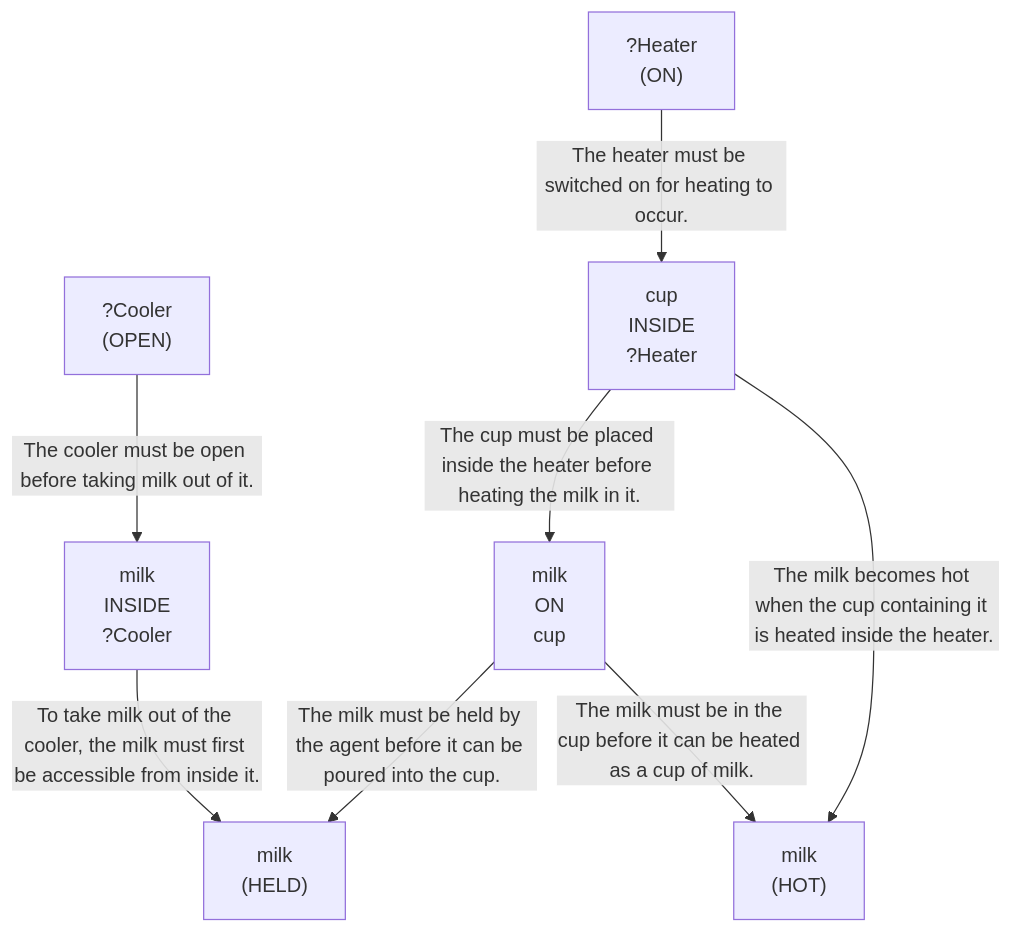
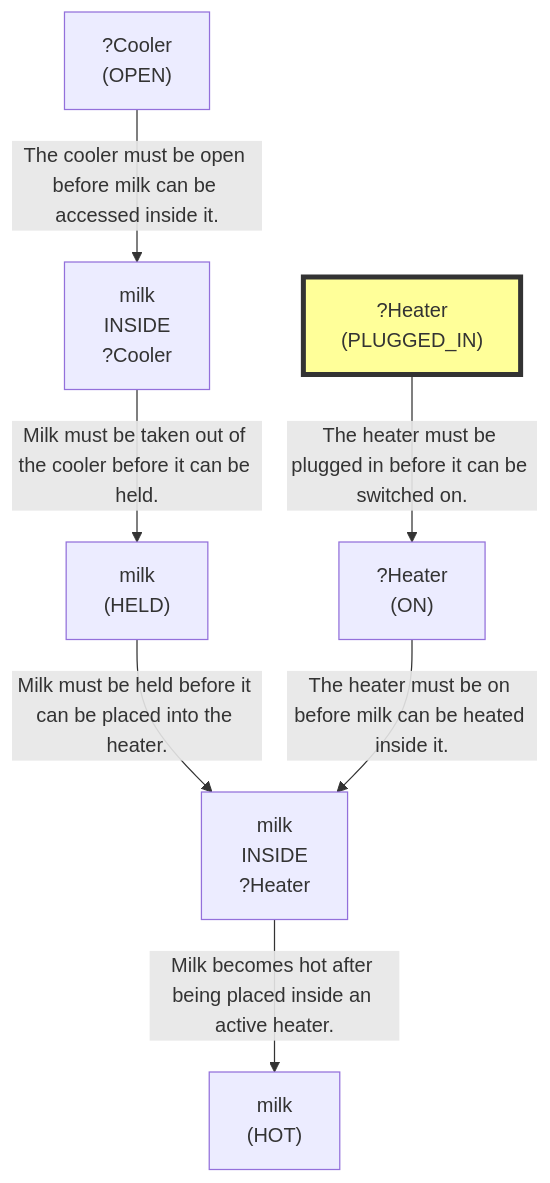
One commit to scuama/virtualhome changed the fifth of 7 diagrams in evaluation/results/table3/robostate/runs/without_goal_reasoning/G4_16/run_T3_without_goal_reasoning_G4_16.md. Above: the diagram before and after it, drawn with Mermaid. The commit also changed other lines of this file and 507 other files, not shown here.

````diff
--- a/evaluation/results/table3/robostate/runs/without_goal_reasoning/G4_16/run_T3_without_goal_reasoning_G4_16.md
+++ b/evaluation/results/table3/robostate/runs/without_goal_reasoning/G4_16/run_T3_without_goal_reasoning_G4_16.md
@@ -114,17 +356,17 @@
 ```mermaid
 graph TD
-    N1["milk<br>(HELD)"]
-    N2["milk<br>INSIDE<br>?Cooler"]
-    N3["?Cooler<br>(OPEN)"]
-    N4["milk<br>ON<br>cup"]
-    N5["cup<br>INSIDE<br>?Heater"]
-    N6["?Heater<br>(ON)"]
+    N1["?Heater<br>(ON)"]
+    N2["?Heater<br>(PLUGGED_IN)"]
+    style N2 fill:#ff9,stroke:#333,stroke-width:4px
+    N3["milk<br>INSIDE<br>?Cooler"]
+    N4["?Cooler<br>(OPEN)"]
+    N5["milk<br>(HELD)"]
+    N6["milk<br>INSIDE<br>?Heater"]
     N7["milk<br>(HOT)"]
-    N2 -->|"To take milk out of the cooler, the milk must first be accessible from inside it."| N1
-    N3 -->|"The cooler must be open before taking milk out of it."| N2
-    N4 -->|"The milk must be held by the agent before it can be poured into the cup."| N1
-    N5 -->|"The cup must be placed inside the heater before heating the milk in it."| N4
-    N6 -->|"The heater must be switched on for heating to occur."| N5
-    N5 -->|"The milk becomes hot when the cup containing it is heated inside the heater."| N7
-    N4 -->|"The milk must be in the cup before it can be heated as a cup of milk."| N7
+    N2 -->|"The heater must be plugged in before it can be switched on."| N1
+    N4 -->|"The cooler must be open before milk can be accessed inside it."| N3
+    N3 -->|"Milk must be taken out of the cooler before it can be held."| N5
+    N5 -->|"Milk must be held before it can be placed into the heater."| N6
+    N1 -->|"The heater must be on before milk can be heated inside it."| N6
+    N6 -->|"Milk becomes hot after being placed inside an active heater."| N7
 ```
````
